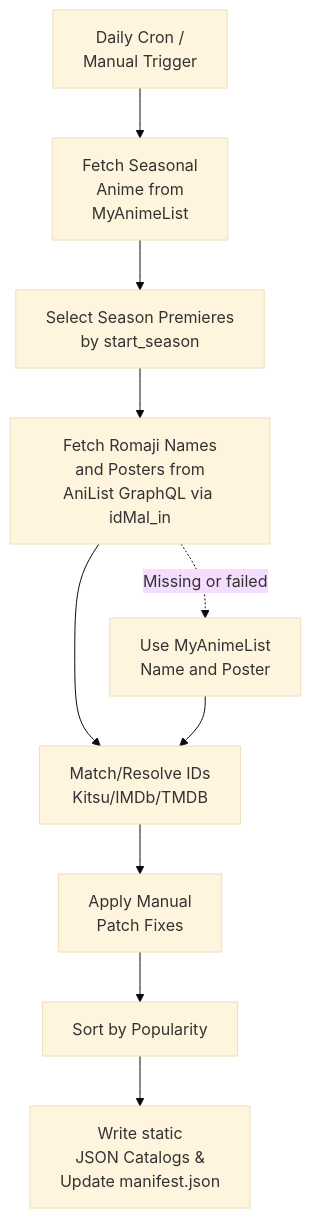
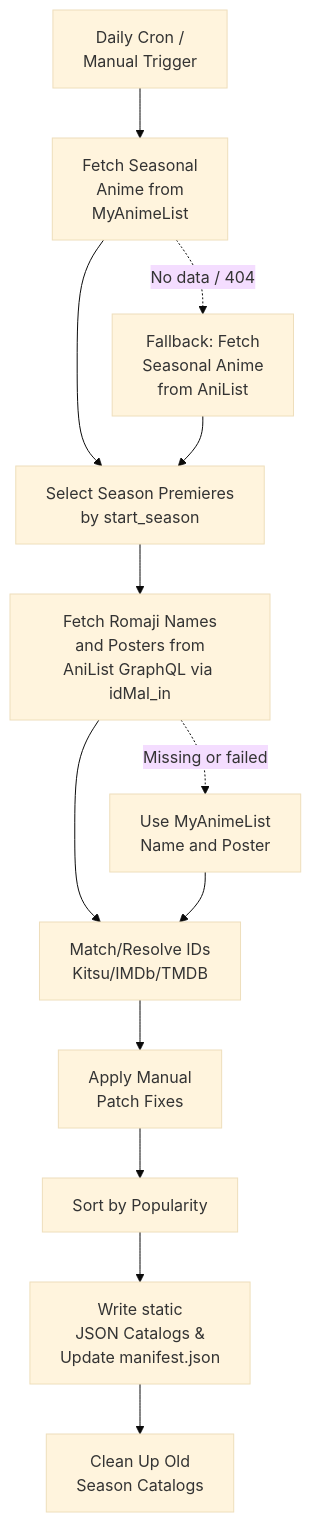
One commit to KevinAZHD/animes-season-addon changed the second of 2 diagrams in README.md. Above: the diagram before and after it, drawn with Mermaid (base theme). The commit also changed other lines of this file and 4 other files, not shown here.

Commit message:
fix: DST-aware cron, AniList season fallback, old catalog cleanup

````diff
--- a/README.md
+++ b/README.md
@@ -56,12 +59,15 @@
 ```mermaid
 graph TD
     A[Daily Cron /<br>Manual Trigger] --> B[Fetch Seasonal<br>Anime from<br>MyAnimeList]
     B --> C[Select Season Premieres<br>by start_season]
+    B -. No data / 404 .-> AL[Fallback: Fetch<br>Seasonal Anime<br>from AniList]
+    AL --> C
     C --> D[Fetch Romaji Names<br>and Posters from<br>AniList GraphQL via idMal_in]
     D -. Missing or failed .-> R[Use MyAnimeList<br>Name and Poster]
     D --> E[Match/Resolve IDs<br>Kitsu/IMDb/TMDB]
     R --> E
     E --> F[Apply Manual<br>Patch Fixes]
     F --> G[Sort by Popularity]
     G --> H[Write static<br>JSON Catalogs &<br>Update manifest.json]
+    H --> CL[Clean Up Old<br>Season Catalogs]
 ```
````
